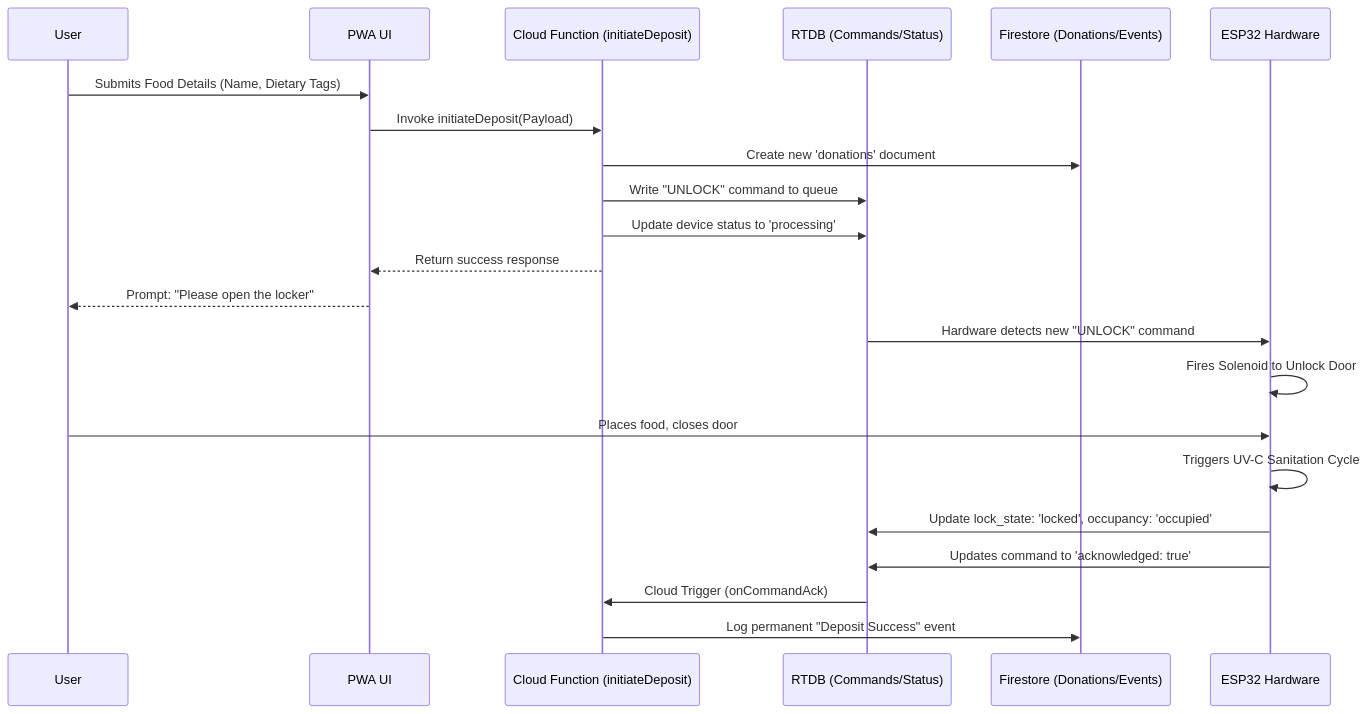
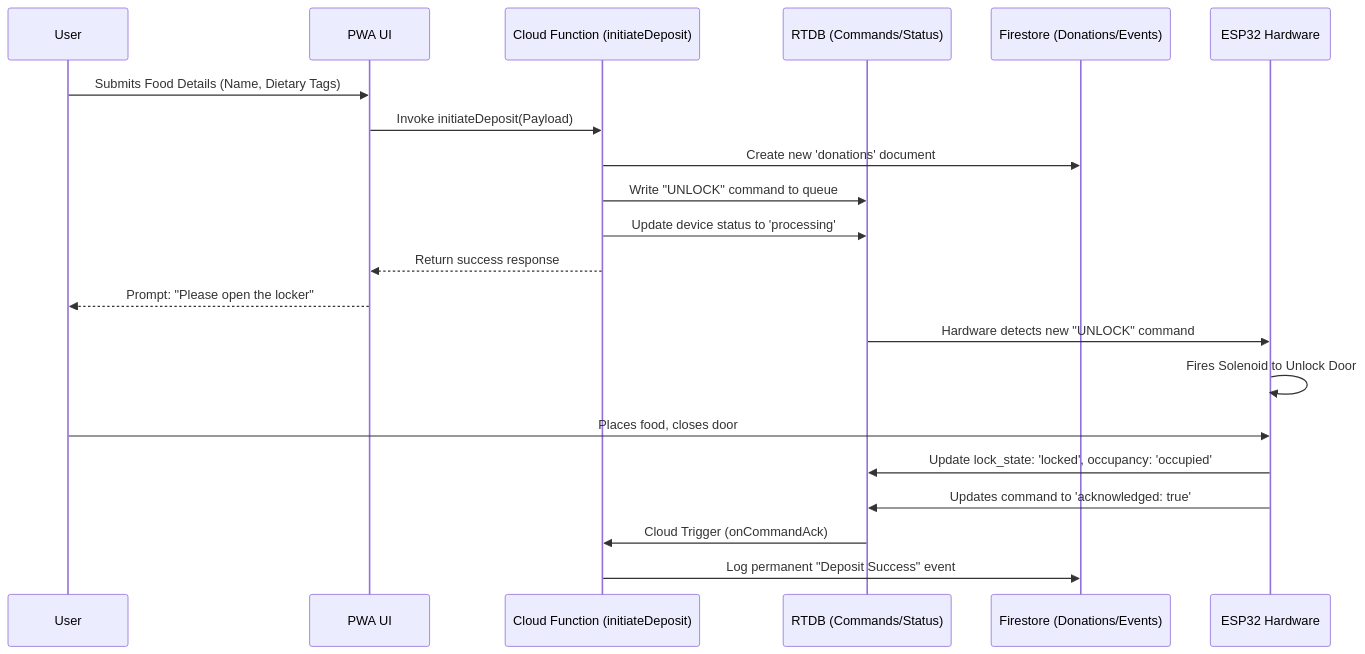
The third of 6 diagrams in SAFE_Locker_Visual_Guide.md (TamboliSara/ASEP2-PWA-2.0), drawn with Mermaid before and after one commit. The commit also changed other lines of this file and 9 other files, not shown here.

````diff
--- a/SAFE_Locker_Visual_Guide.md
+++ b/SAFE_Locker_Visual_Guide.md
@@ -80,28 +80,27 @@
 ```mermaid
 sequenceDiagram
     participant User
     participant App as PWA UI
     participant CF as Cloud Function (initiateDeposit)
     participant RTDB as RTDB (Commands/Status)
     participant FS as Firestore (Donations/Events)
     participant ESP as ESP32 Hardware
 
     User->>App: Submits Food Details (Name, Dietary Tags)
     App->>CF: Invoke initiateDeposit(Payload)
     
     CF->>FS: Create new 'donations' document
     CF->>RTDB: Write "UNLOCK" command to queue
     CF->>RTDB: Update device status to 'processing'
     CF-->>App: Return success response
     App-->>User: Prompt: "Please open the locker"
     
     RTDB->>ESP: Hardware detects new "UNLOCK" command
     ESP->>ESP: Fires Solenoid to Unlock Door
     User->>ESP: Places food, closes door
-    ESP->>ESP: Triggers UV-C Sanitation Cycle
-    ESP->>RTDB: Update lock_state: 'locked', occupancy: 'occupied'
+        ESP->>RTDB: Update lock_state: 'locked', occupancy: 'occupied'
     ESP->>RTDB: Updates command to 'acknowledged: true'
     
     RTDB->>CF: Cloud Trigger (onCommandAck)
     CF->>FS: Log permanent "Deposit Success" event
 ```
````
